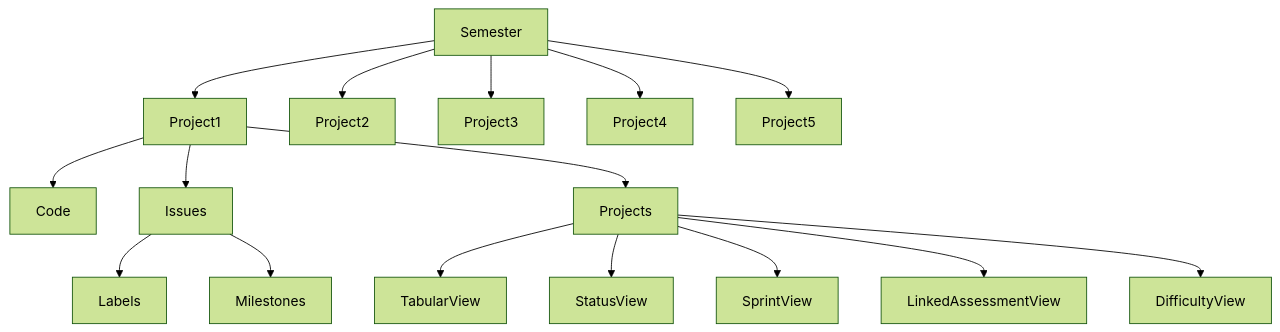
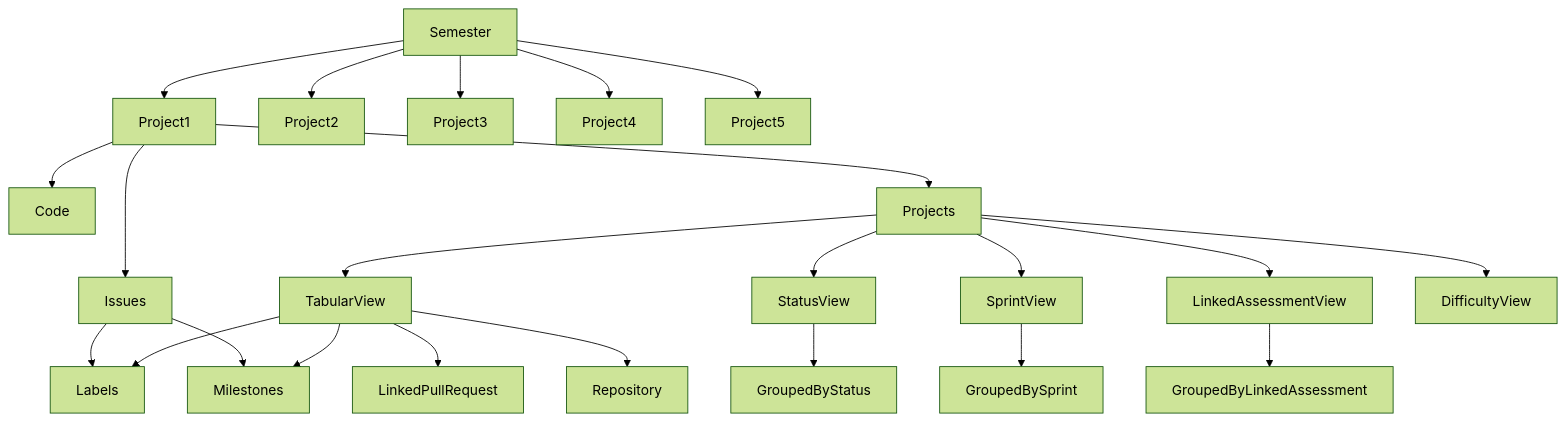
The diagram in README.md (Mosotho888/CMPG-323-Overview---35551178), drawn with Mermaid (forest theme) before and after one commit.

````diff
--- a/README.md
+++ b/README.md
@@ -12,18 +12,25 @@
 ```mermaid
 graph TB;
       Semester-->Project1;
       Semester-->Project2;
       Semester-->Project3;
       Semester-->Project4;
       Semester-->Project5;
       Project1-->Code;
       Project1-->Issues;
       Project1-->Projects;
       Issues-->Labels;
       Issues-->Milestones;
       Projects-->TabularView;
       Projects-->StatusView;
       Projects-->SprintView;
       Projects-->LinkedAssessmentView;
       Projects-->DifficultyView;
+      TabularView-->Milestones;
+      TabularView-->Labels;
+      TabularView-->LinkedPullRequest;
+      TabularView-->Repository;
+      StatusView-->GroupedByStatus;
+      SprintView-->GroupedBySprint;
+      LinkedAssessmentView-->GroupedByLinkedAssessment;
 ```
````
